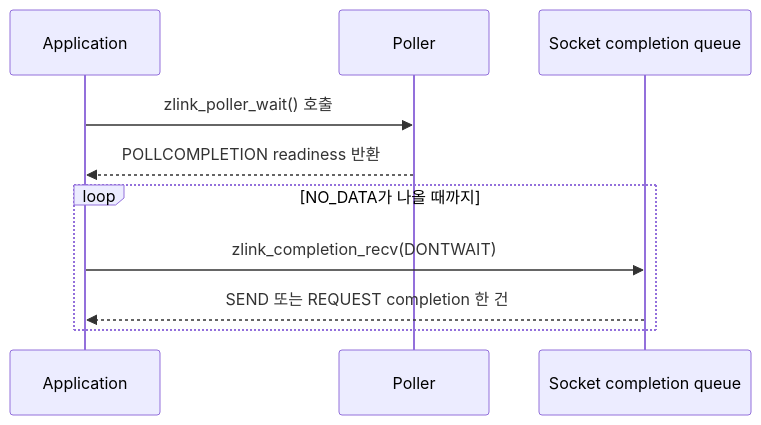
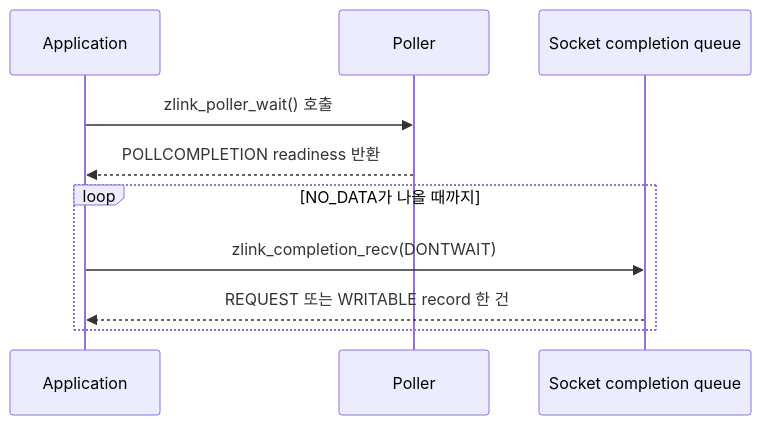
The diagram in core/doc/spec/core/05-polling.ko.md (zlink-systems/zlink), drawn with Mermaid before and after one commit. The commit also changed other lines of this file and 23 other files, not shown here.

````diff
--- a/core/doc/spec/core/05-polling.ko.md
+++ b/core/doc/spec/core/05-polling.ko.md
@@ -90,12 +103,12 @@
 ```mermaid
 sequenceDiagram
     participant App as Application
     participant P as Poller
     participant S as Socket completion queue
     App->>P: zlink_poller_wait() 호출
     P-->>App: POLLCOMPLETION readiness 반환
     loop NO_DATA가 나올 때까지
         App->>S: zlink_completion_recv(DONTWAIT)
-        S-->>App: SEND 또는 REQUEST completion 한 건
+        S-->>App: REQUEST 또는 WRITABLE record 한 건
     end
 ```
````
